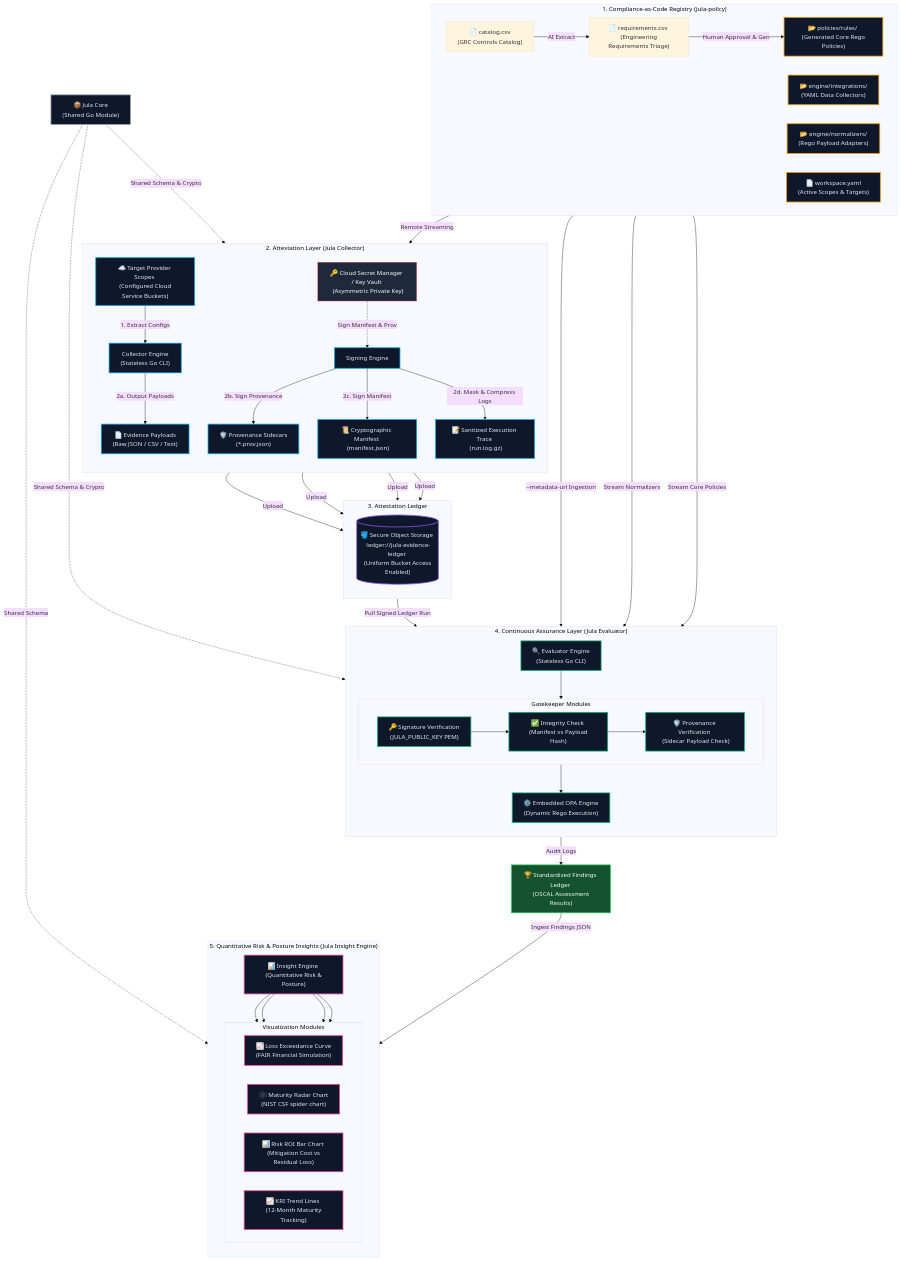
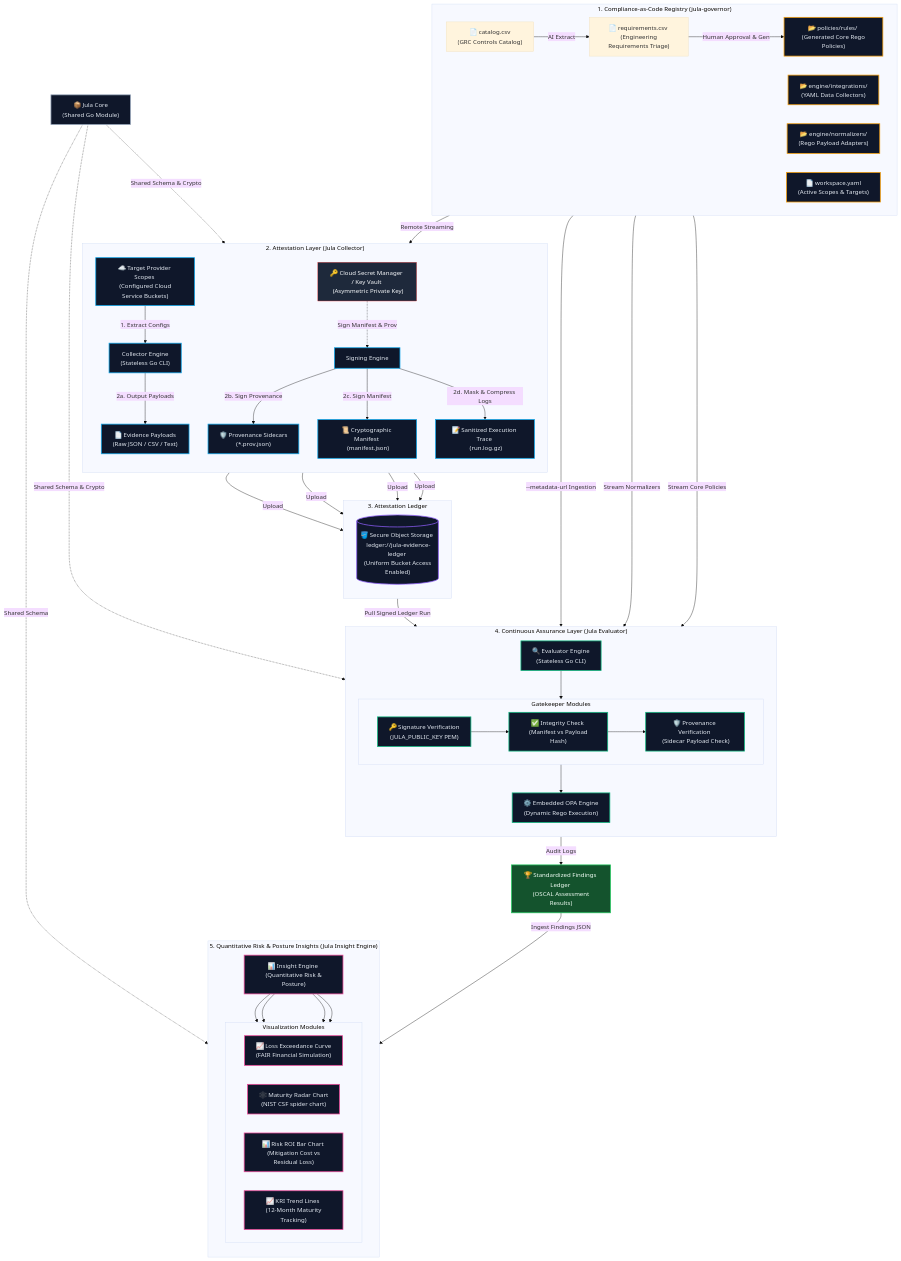
Before and after one commit to alibkaba/jula: the diagram in README.md, drawn with Mermaid (base theme). The commit also changed other lines of this file and 5 other files, not shown here.

Commit message:
chore: rename jula-policy repository reference to jula-governor across codebase and documentation

```diff
--- a/README.md
+++ b/README.md
@@ -57,7 +57,7 @@
     classDef insights fill:#0f172a,stroke:#ec4899,stroke-width:2px,color:#e2e8f0;
     classDef core fill:#0f172a,stroke:#94a3b8,stroke-width:2px,color:#e2e8f0;
 
-    subgraph Phase1 ["1. Compliance-as-Code Registry (jula-policy)"]
+    subgraph Phase1 ["1. Compliance-as-Code Registry (jula-governor)"]
         direction LR
         Cat["📄 catalog.csv <br> (GRC Controls Catalog)"] -->|AI Extract| Req["📄 requirements.csv <br> (Engineering Requirements Triage)"]
         Req -->|Human Approval & Gen| PR_Pol["📂 policies/rules/ <br> (Generated Core Rego Policies)"]
```
